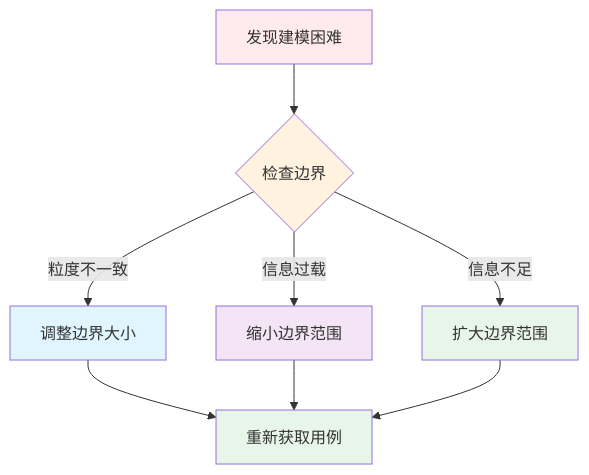
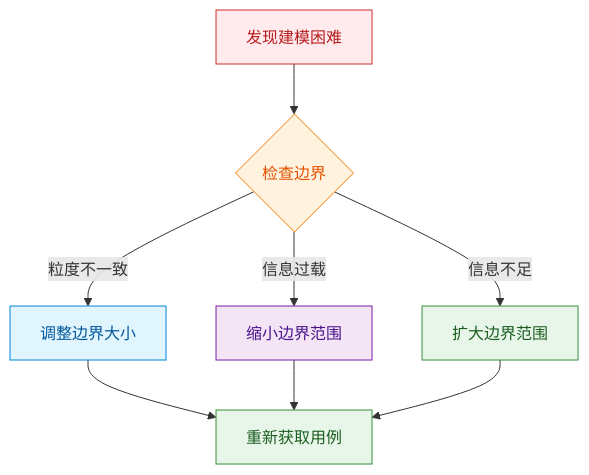
Before and after one commit to FreezeSoul/freezesoul.github.com: the second of 14 diagrams in _posts/2012-12-15-thinking-in-uml.md, drawn with Mermaid. The commit also changed other lines of this file and 9 other files, not shown here.

Commit message:
修正mermaid配色与要求

````diff
--- a/_posts/2012-12-15-thinking-in-uml.md
+++ b/_posts/2012-12-15-thinking-in-uml.md
@@ -201,18 +201,18 @@
 ```mermaid
 graph TD
     A[发现建模困难] --> B{检查边界}
     B -->|粒度不一致| C[调整边界大小]
     B -->|信息过载| D[缩小边界范围]
     B -->|信息不足| E[扩大边界范围]
 
     C --> F[重新获取用例]
     D --> F
     E --> F
 
-    style A fill:#ffebee
-    style B fill:#fff3e0
-    style C fill:#e1f5ff
-    style D fill:#f3e5f5
-    style E fill:#e8f5e9
-    style F fill:#e8f5e9
+    style A fill:#ffebee,stroke:#d32f2f,color:#b71c1c
+    style B fill:#fff3e0,stroke:#f57c00,color:#e65100
+    style C fill:#e1f5ff,stroke:#0288d1,color:#01579b
+    style D fill:#f3e5f5,stroke:#7b1fa2,color:#4a148c
+    style E fill:#e8f5e9,stroke:#388e3c,color:#1b5e20
+    style F fill:#e8f5e9,stroke:#388e3c,color:#1b5e20
 ```
````
